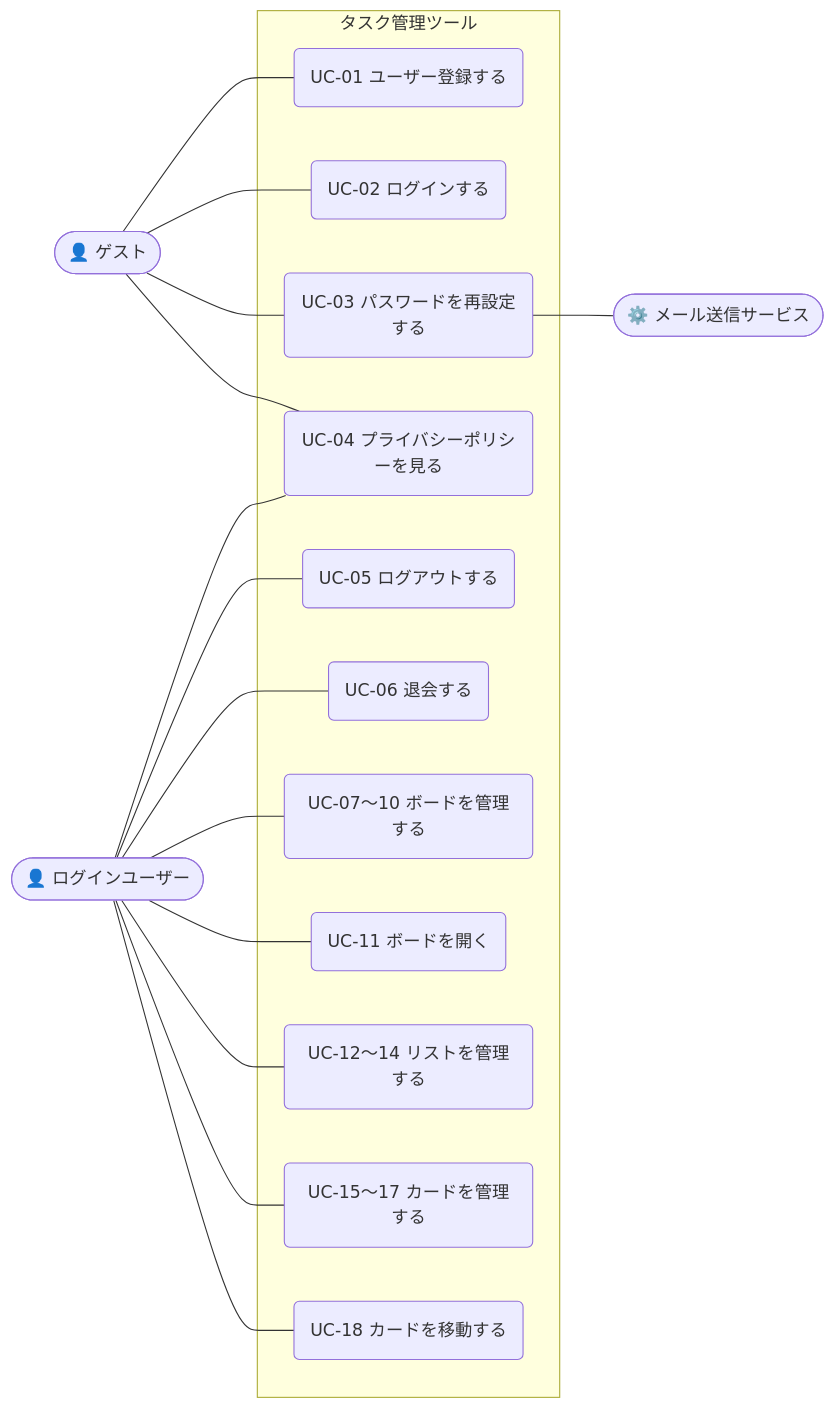
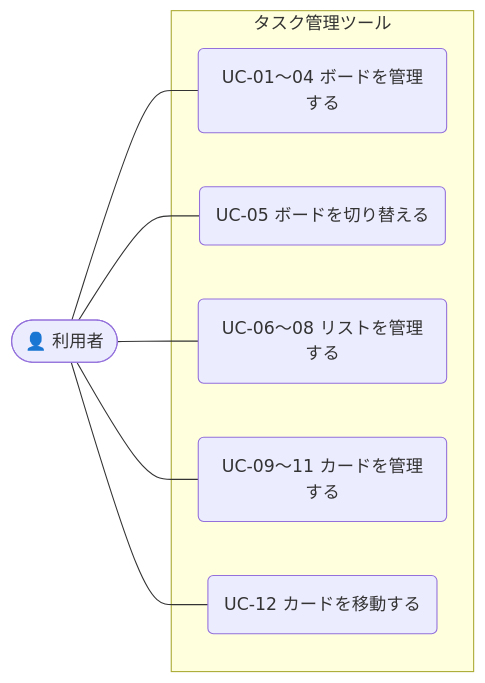
One commit to major182/TaskManegementTool changed the diagram in 01-1_ユースケース.md. Above: the diagram before and after it, drawn with Mermaid. The commit also changed other lines of this file and 5 other files, not shown here.

````diff
--- a/01-1_ユースケース.md
+++ b/01-1_ユースケース.md
@@ -47,34 +41,18 @@
 ```mermaid
 flowchart LR
-    G(["👤 ゲスト"])
-    U(["👤 ログインユーザー"])
-    M(["⚙️ メール送信サービス"])
+    U(["👤 利用者"])
 
     subgraph APP["タスク管理ツール"]
-        UC01("UC-01 ユーザー登録する")
-        UC02("UC-02 ログインする")
-        UC03("UC-03 パスワードを再設定する")
-        UC04("UC-04 プライバシーポリシーを見る")
-        UC05("UC-05 ログアウトする")
-        UC06("UC-06 退会する")
-        UC0710("UC-07〜10 ボードを管理する")
-        UC11("UC-11 ボードを開く")
-        UC1214("UC-12〜14 リストを管理する")
-        UC1517("UC-15〜17 カードを管理する")
-        UC18("UC-18 カードを移動する")
+        UC0104("UC-01〜04 ボードを管理する")
+        UC05("UC-05 ボードを切り替える")
+        UC0608("UC-06〜08 リストを管理する")
+        UC0911("UC-09〜11 カードを管理する")
+        UC12("UC-12 カードを移動する")
     end
 
-    G --- UC01
-    G --- UC02
-    G --- UC03
-    G --- UC04
-    UC03 --- M
-    U --- UC04
+    U --- UC0104
     U --- UC05
-    U --- UC06
-    U --- UC0710
-    U --- UC11
-    U --- UC1214
-    U --- UC1517
-    U --- UC18
+    U --- UC0608
+    U --- UC0911
+    U --- UC12
 ```
````
